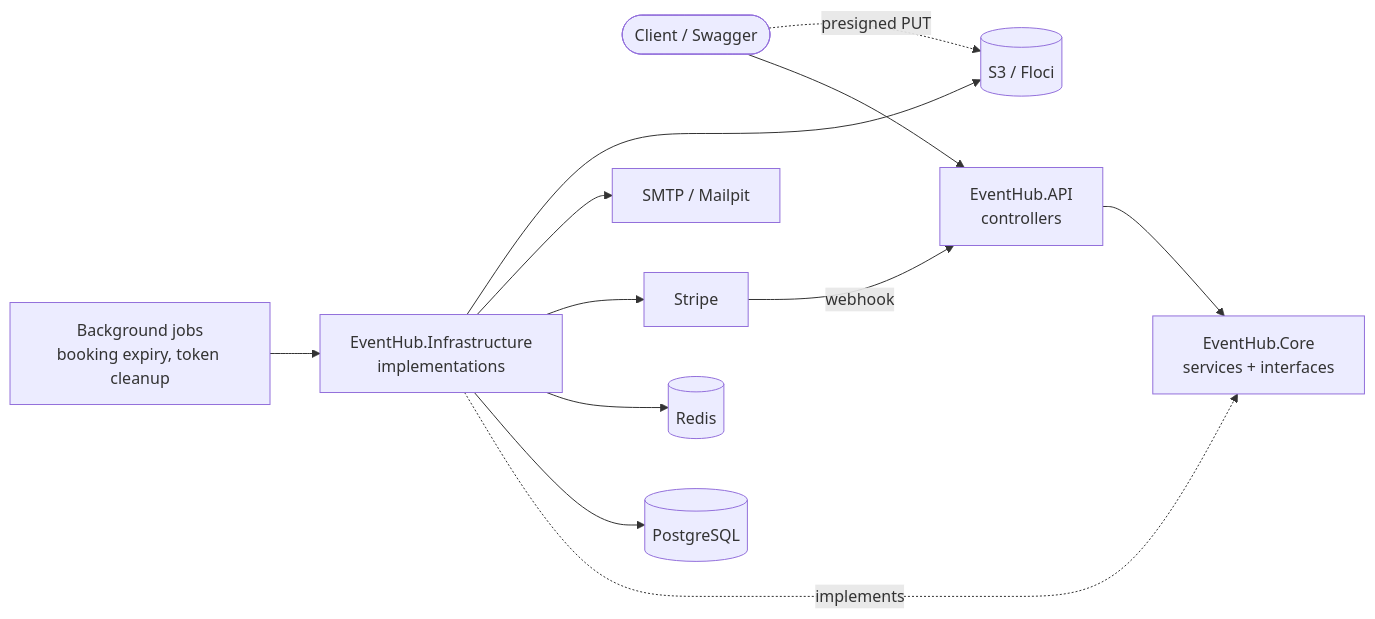
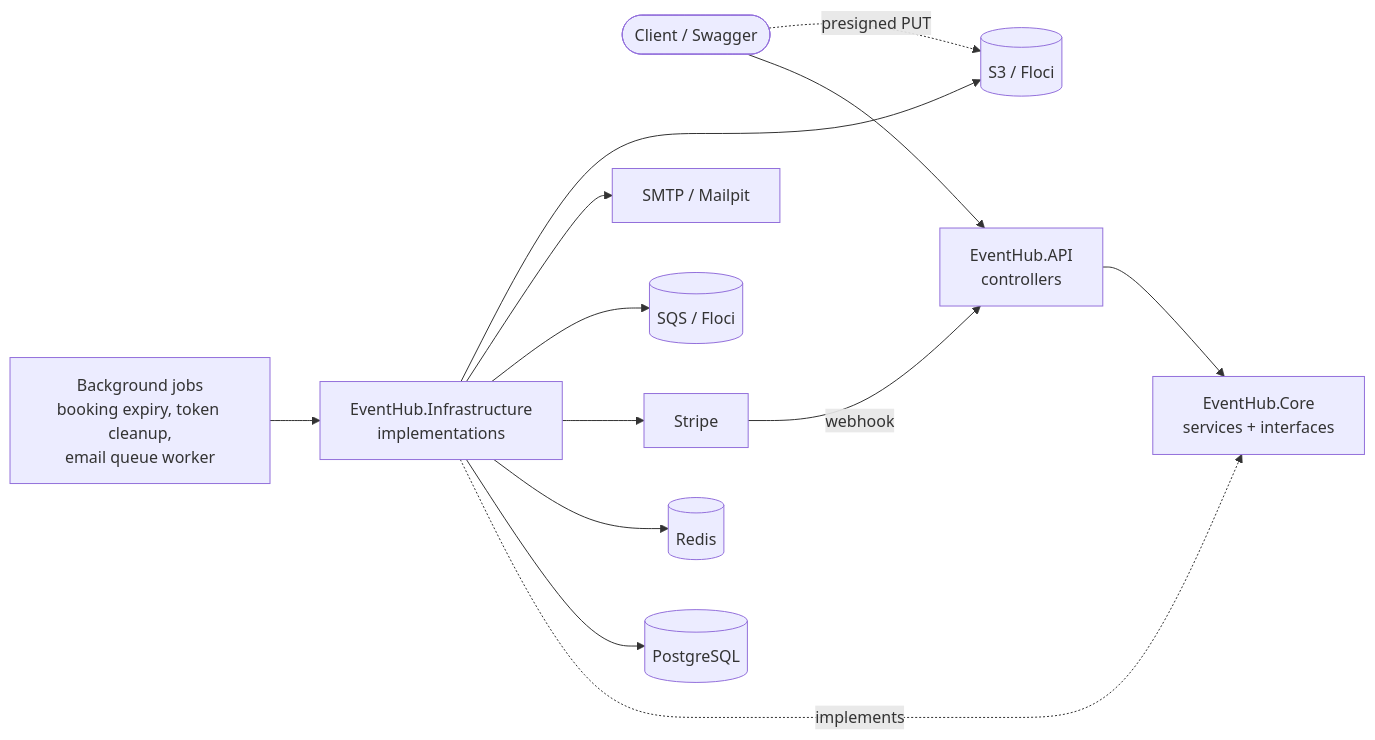
One commit to nguyen-duong-tien-phat/event-hub-DotNet changed the first of 2 diagrams in README.md. Above: the diagram before and after it, drawn with Mermaid. The commit also changed other lines of this file and 11 other files, not shown here.

First line of the commit message:
feat: email the buyer when a booking is confirmed and when a ticket is checked in

````diff
--- a/README.md
+++ b/README.md
@@ -46,14 +48,15 @@
 ```mermaid
 flowchart LR
     Client([Client / Swagger]) --> API[EventHub.API<br/>controllers]
     API --> Core[EventHub.Core<br/>services + interfaces]
     Infra[EventHub.Infrastructure<br/>implementations] -. implements .-> Core
     Infra --> PG[(PostgreSQL)]
     Infra --> Redis[(Redis)]
     Infra --> Stripe[Stripe]
+    Infra --> SQS[(SQS / Floci)]
     Infra --> SMTP[SMTP / Mailpit]
     Infra --> S3[(S3 / Floci)]
     Client -. presigned PUT .-> S3
     Stripe -- webhook --> API
-    Jobs[Background jobs<br/>booking expiry, token cleanup] --> Infra
+    Jobs[Background jobs<br/>booking expiry, token cleanup,<br/>email queue worker] --> Infra
 ```
````
